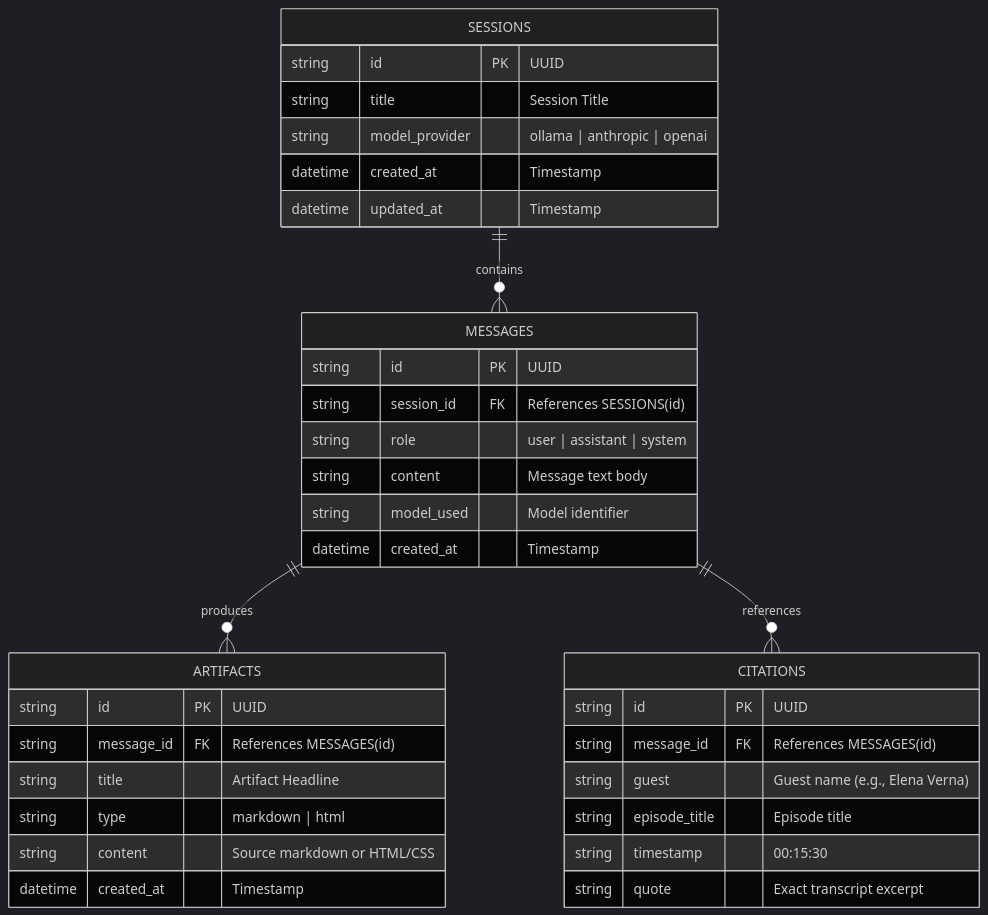
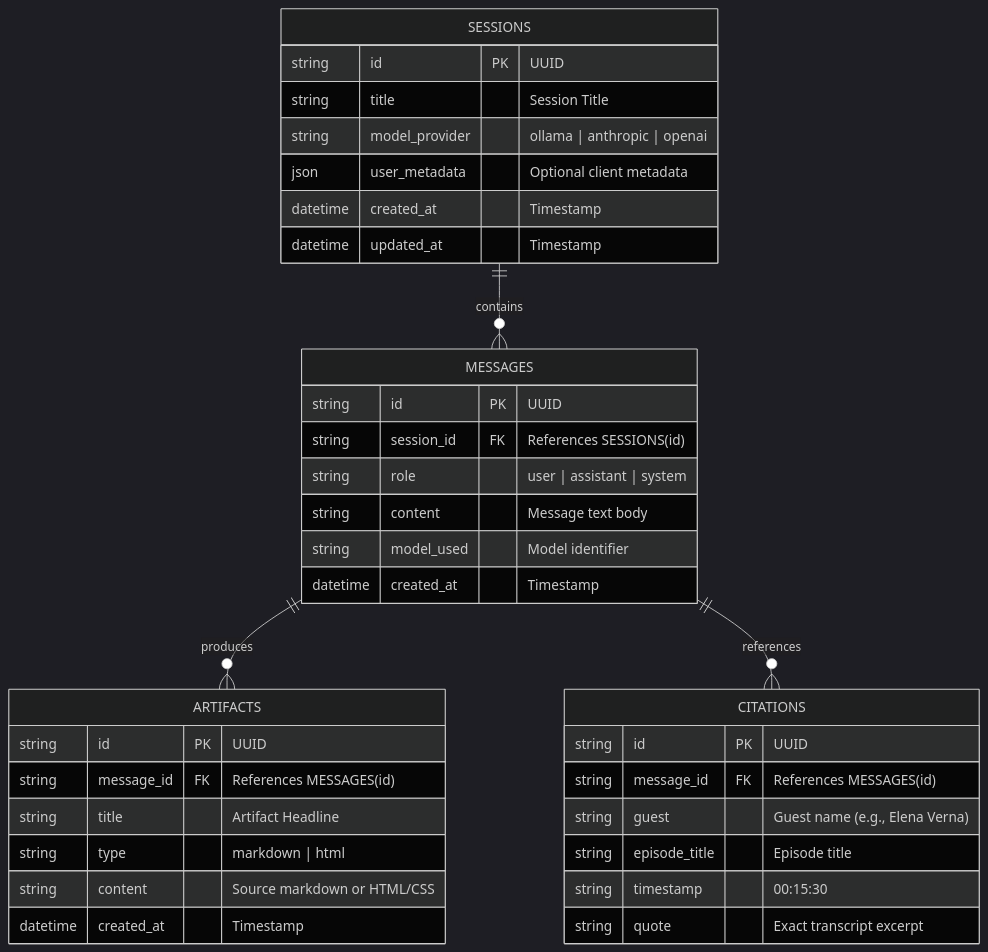
One commit to Shenbagapriyaa/Oogway_Task changed the second of 3 diagrams in architecture.md. Above: the diagram before and after it, drawn with Mermaid (dark theme). The commit also changed other lines of this file and 34 other files, not shown here.

````diff
--- a/architecture.md
+++ b/architecture.md
@@ -66,41 +66,42 @@
 ```mermaid
 erDiagram
     SESSIONS ||--o{ MESSAGES : contains
     MESSAGES ||--o{ ARTIFACTS : produces
     MESSAGES ||--o{ CITATIONS : references
 
     SESSIONS {
         string id PK "UUID"
         string title "Session Title"
         string model_provider "ollama | anthropic | openai"
+        json user_metadata "Optional client metadata"
         datetime created_at "Timestamp"
         datetime updated_at "Timestamp"
     }
 
     MESSAGES {
         string id PK "UUID"
         string session_id FK "References SESSIONS(id)"
         string role "user | assistant | system"
         string content "Message text body"
         string model_used "Model identifier"
         datetime created_at "Timestamp"
     }
 
     ARTIFACTS {
         string id PK "UUID"
         string message_id FK "References MESSAGES(id)"
         string title "Artifact Headline"
         string type "markdown | html"
         string content "Source markdown or HTML/CSS"
         datetime created_at "Timestamp"
     }
 
     CITATIONS {
         string id PK "UUID"
         string message_id FK "References MESSAGES(id)"
         string guest "Guest name (e.g., Elena Verna)"
         string episode_title "Episode title"
         string timestamp "00:15:30"
         string quote "Exact transcript excerpt"
     }
 ```
````
